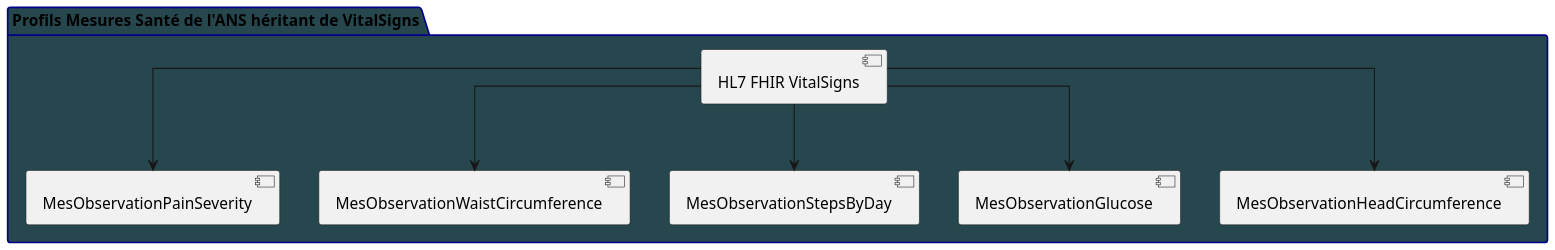
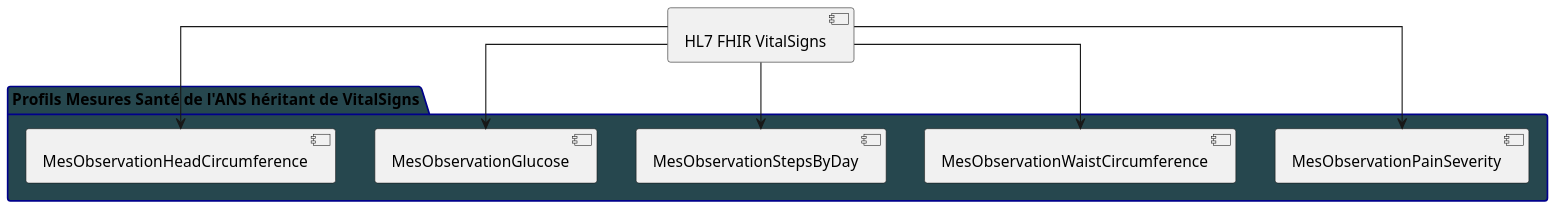
One commit to ansforge/IG-fhir-mesures-de-sante changed the diagram in input/images-source/vs-overview-2.plantuml. Above: the diagram before and after it, drawn with PlantUML.

Commit message:
update VS

```diff
--- a/input/images-source/vs-overview-2.plantuml
+++ b/input/images-source/vs-overview-2.plantuml
@@ -1,18 +1,26 @@
 @startuml
 
 skinparam linetype ortho
 skinparam dpi 150
 skinparam boxPadding 10
 skinparam shadowing false
 skinparam packageBackgroundColor LightBlue
 skinparam packageBorderColor DarkBlue
 
+[HL7 FHIR VitalSigns] 
+
 package "Profils Mesures Santé de l'ANS héritant de VitalSigns" as PMSB #26474E {
-    [HL7 FHIR VitalSigns] --> [MesObservationPainSeverity]
-    [HL7 FHIR VitalSigns] --> [MesObservationWaistCircumference]
-    [HL7 FHIR VitalSigns] --> [MesObservationStepsByDay]
-    [HL7 FHIR VitalSigns] --> [MesObservationGlucose]
-    [HL7 FHIR VitalSigns] --> [MesObservationHeadCircumference]
+    [MesObservationPainSeverity]
+    [MesObservationWaistCircumference]
+    [MesObservationStepsByDay]
+    [MesObservationGlucose]
+    [MesObservationHeadCircumference]
 }
 
+[HL7 FHIR VitalSigns] --> [MesObservationPainSeverity]
+[HL7 FHIR VitalSigns] --> [MesObservationWaistCircumference]
+[HL7 FHIR VitalSigns] --> [MesObservationStepsByDay]
+[HL7 FHIR VitalSigns] --> [MesObservationGlucose]
+[HL7 FHIR VitalSigns] --> [MesObservationHeadCircumference]
+
 @enduml
```
